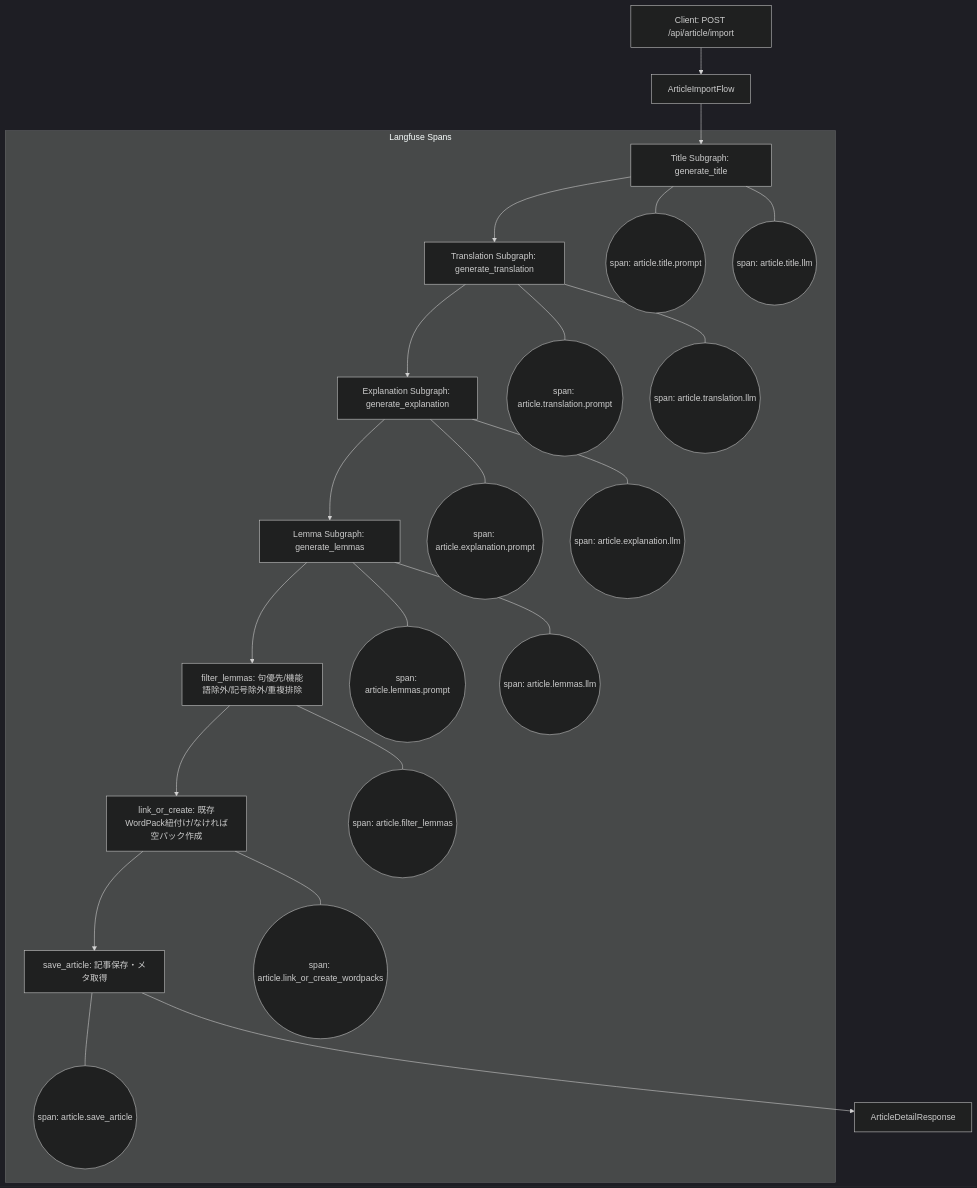
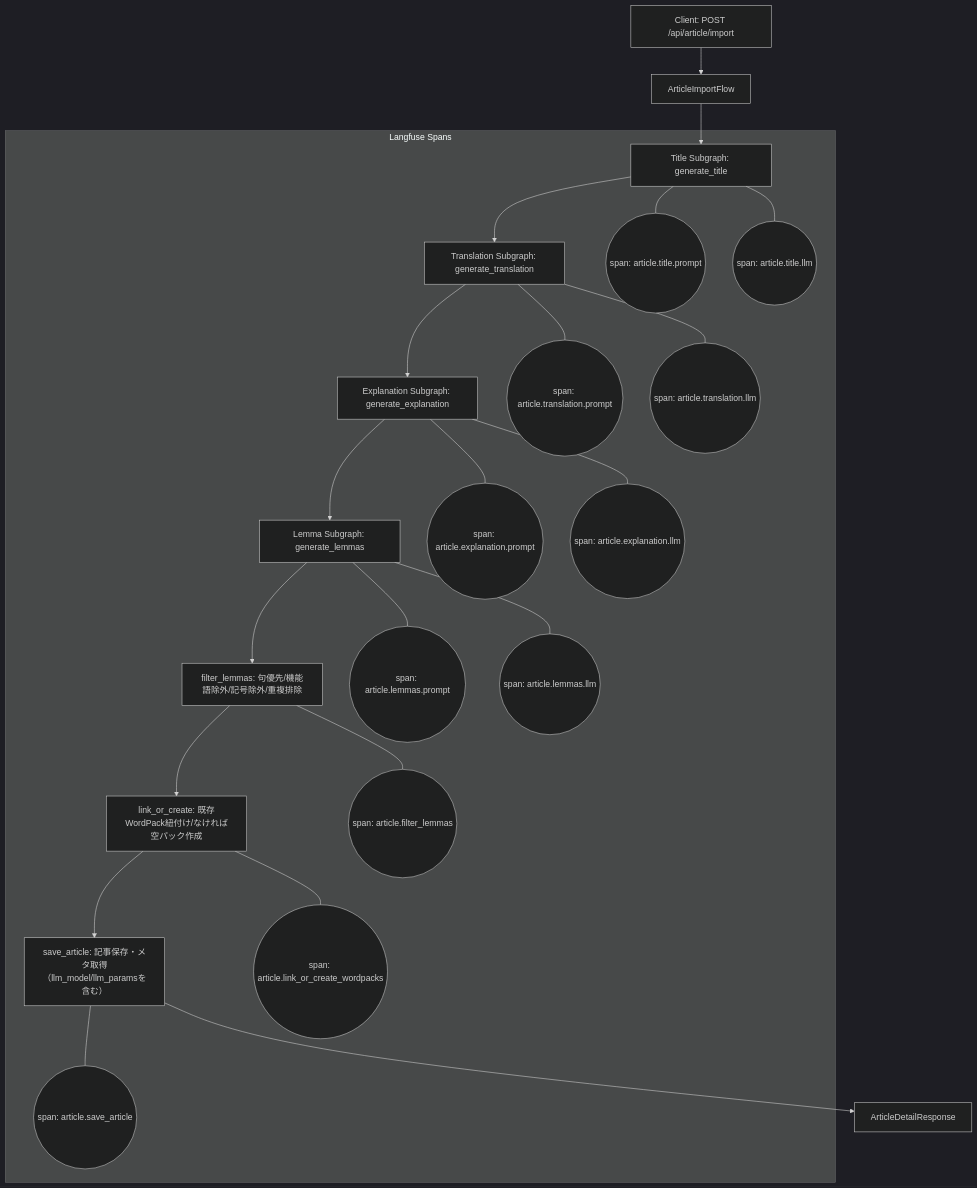
One commit to RiSEblackbird/wordpack-for-english changed the second of 2 diagrams in docs/flows.md. Above: the diagram before and after it, drawn with Mermaid (dark theme). The commit also changed 3 other files, not shown here.

````diff
--- a/docs/flows.md
+++ b/docs/flows.md
@@ -19,26 +19,26 @@
 ```mermaid
 graph TD
     A[Client: POST /api/article/import] --> B[ArticleImportFlow];
     B --> T[Title Subgraph: generate_title];
     T --> TR[Translation Subgraph: generate_translation];
     TR --> EX[Explanation Subgraph: generate_explanation];
     EX --> LM[Lemma Subgraph: generate_lemmas];
     LM --> FL[filter_lemmas: 句優先/機能語除外/記号除外/重複排除];
     FL --> LC[link_or_create: 既存WordPack紐付け/なければ空パック作成];
-    LC --> SA[save_article: 記事保存・メタ取得];
+    LC --> SA[save_article: 記事保存・メタ取得（llm_model/llm_paramsを含む）];
     SA --> R[ArticleDetailResponse];
 
     subgraph Langfuse Spans
         T --- T1((span: article.title.prompt))
         T --- T2((span: article.title.llm))
         TR --- TR1((span: article.translation.prompt))
         TR --- TR2((span: article.translation.llm))
         EX --- EX1((span: article.explanation.prompt))
         EX --- EX2((span: article.explanation.llm))
         LM --- LM1((span: article.lemmas.prompt))
         LM --- LM2((span: article.lemmas.llm))
         FL --- FL1((span: article.filter_lemmas))
         LC --- LC1((span: article.link_or_create_wordpacks))
         SA --- SA1((span: article.save_article))
     end
 ```
````
